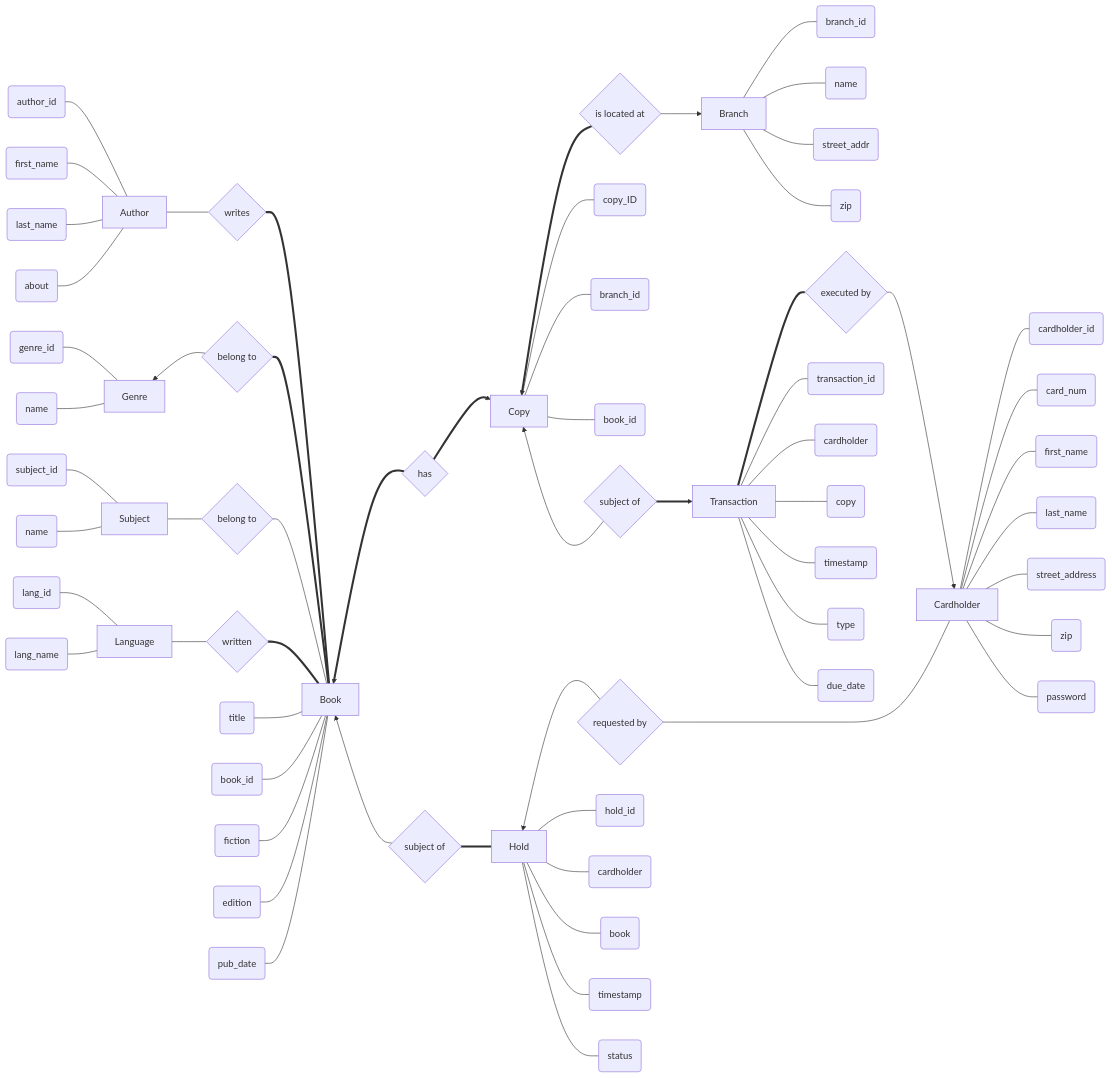
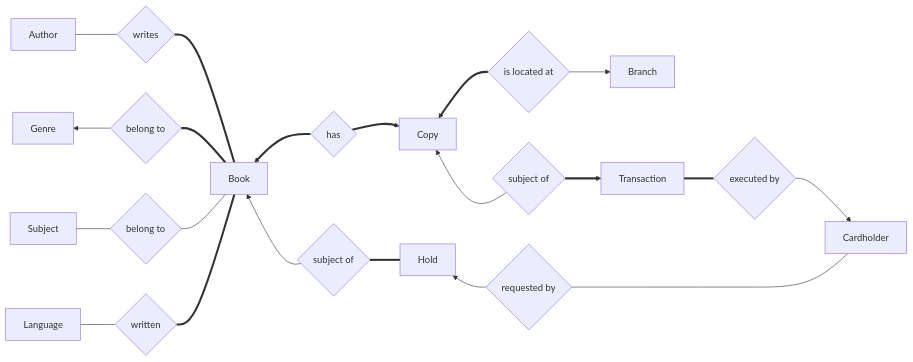
Before and after one commit to kelzzzz/CS425-ChiPub: the diagram in deliverable_1.md, drawn with Mermaid.

Commit message:
Remove attributes from diagram for now

````diff
--- a/deliverable_1.md
+++ b/deliverable_1.md
@@ -28,35 +28,17 @@
 ```mermaid
 graph LR
-    aid(author_id) --- A
-    af(first_name) --- A
-    al(last_name) --- A
-    aa(about) --- A
-
     A[Author] --- AB{writes}
     AB === B[Book]
 
-    gid(genre_id) --- G
-    gnm(name) --- G
     G[Genre] ~~~ GB{belong to} --> G
     GB ~~~ G
     GB === B
 
-    sid(subject_id) --- S
-    sn(name) --- S
     S[Subject] --- SB{belong to}
     SB --- B
 
-    lid(lang_id) --- L
-    lnm(lang_name) --- L
-
     L[Language] --- LB{written}
     LB === B
-
-    bt(title) --- B
-    bid(book_id) --- B
-    bf(fiction) --- B
-    be(edition) --- B
-    bp(pub_date) --- B
 
     B ~~~ BC{has} ==> B
     BC ~~~ B
@@ -69,9 +51,6 @@
     C ~~~ CBr{is located at} ==> C
     CBr ~~~ C
 
-    C --- cid(copy_ID)
-    C --- cbr(branch_id)
-    C --- cbk(book_id)
     C ~~~ CT{subject of} --> C
     CT ~~~ C
 
@@ -79,39 +58,11 @@
     H ~~~ HCh{requested by} --> H
     HCh ~~~ H
 
-    H --- hid(hold_id)
-    H --- hch(cardholder)
-    H --- hbk(book)
-    H --- hts(timestamp)
-    H --- hst(status)
-
     CBr --> Br[Branch]
 
-    Br --- brd(branch_id)
-    Br --- bn(name)
-    Br --- ba(street_addr)
-    Br --- bz(zip)
-
     CT ==> T[Transaction]
-
     T === TCh{executed by}
 
-    T --- tid(transaction_id)
-    T --- tch(cardholder)
-    T --- tcp(copy)
-    T --- tts(timestamp)
-    T --- ttp(type)
-    T --- tdt(due_date)
-
     TCh --> Ch[Cardholder]
-
     HCh --- Ch
-
-    Ch --- chid(cardholder_id)
-    Ch --- chnm(card_num)
-    Ch --- chfn(first_name)
-    Ch --- chln(last_name)
-    Ch --- chsa(street_address)
-    Ch --- chz(zip)
-    Ch --- chpw(password)
 ```
````
